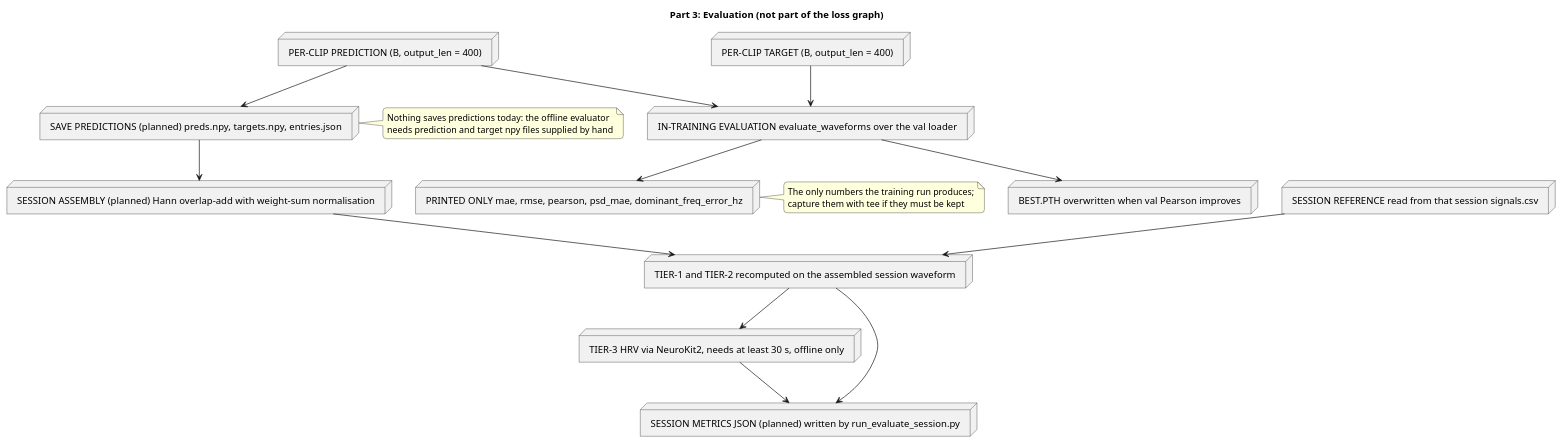
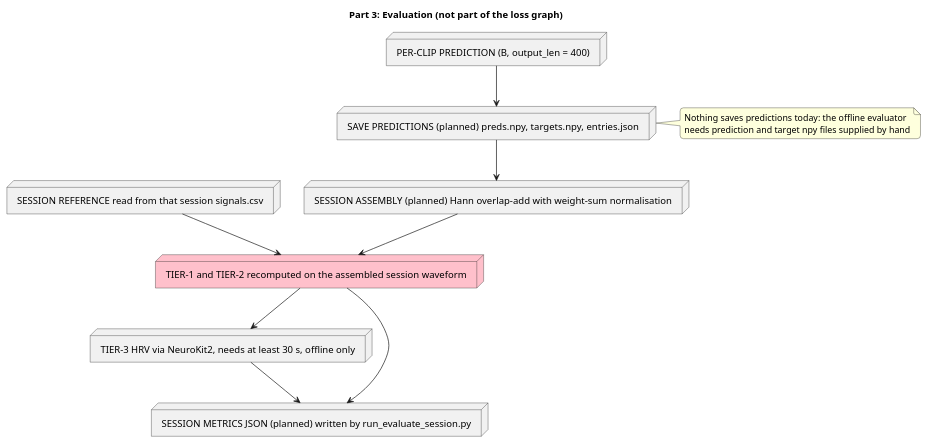
The third of 3 diagrams in code/architecture_stage3.md (LeqiaoP1/MA-project-KISMED), drawn with PlantUML before and after one commit. The commit also changed 1 other file, not shown here.

Commit message:
Update architecture documentation and requirements for Tier-3 evaluation metrics

````diff
--- a/code/architecture_stage3.md
+++ b/code/architecture_stage3.md
@@ -109,43 +109,31 @@
 ```plantuml
 @startuml
 skinparam RoundCorner 10
 skinparam ComponentStyle rectangle
 
 title Part 3: Evaluation (not part of the loss graph)
 
 node "PER-CLIP PREDICTION (B, output_len = 400)" as PRED
-node "PER-CLIP TARGET (B, output_len = 400)" as TGT
-node "IN-TRAINING EVALUATION evaluate_waveforms over the val loader" as INEVAL
-node "PRINTED ONLY mae, rmse, pearson, psd_mae, dominant_freq_error_hz" as PRINT
-node "BEST.PTH overwritten when val Pearson improves" as BEST
+
 node "SAVE PREDICTIONS (planned) preds.npy, targets.npy, entries.json" as SAVE
 node "SESSION ASSEMBLY (planned) Hann overlap-add with weight-sum normalisation" as ASSEMBLE
 node "SESSION REFERENCE read from that session signals.csv" as REF
-node "TIER-1 and TIER-2 recomputed on the assembled session waveform" as SESS
+node "TIER-1 and TIER-2 recomputed on the assembled session waveform" as SESS #PINK
 node "TIER-3 HRV via NeuroKit2, needs at least 30 s, offline only" as T3
 node "SESSION METRICS JSON (planned) written by run_evaluate_session.py" as JSON
 
-PRED --> INEVAL
-TGT --> INEVAL
-INEVAL --> PRINT
-INEVAL --> BEST
 PRED --> SAVE
 SAVE --> ASSEMBLE
 REF --> SESS
 ASSEMBLE --> SESS
 SESS --> T3
 SESS --> JSON
 T3 --> JSON
 
-note right of PRINT
-  The only numbers the training run produces;
-  capture them with tee if they must be kept
-end note
-
 note right of SAVE
   Nothing saves predictions today: the offline evaluator
   needs prediction and target npy files supplied by hand
 end note
 
 @enduml
 ```
````
